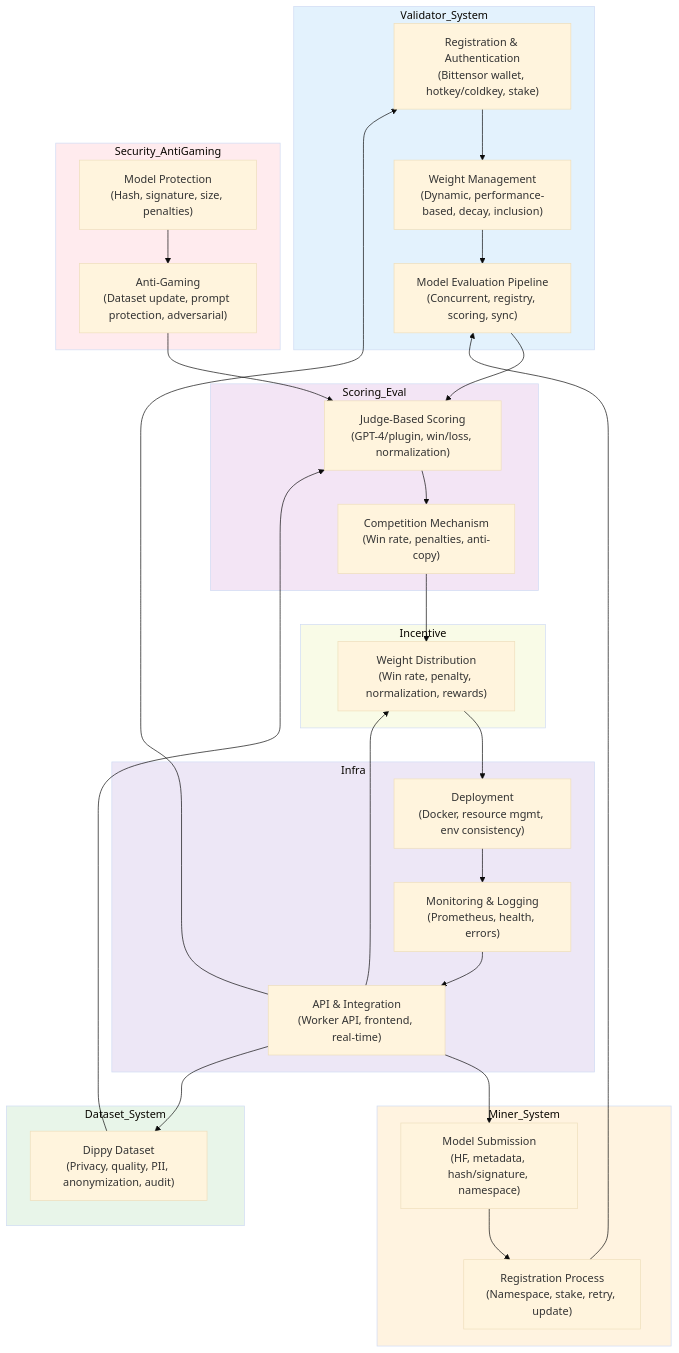
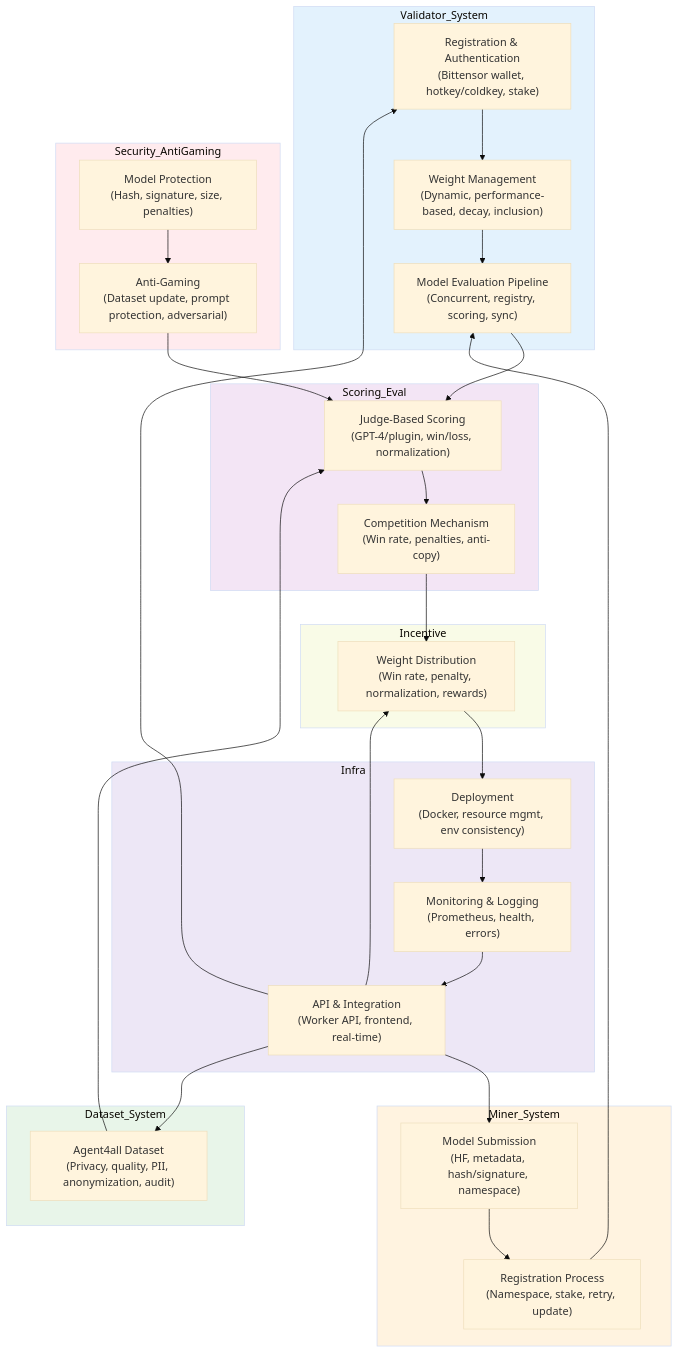
Before and after one commit to Agents-Labs/agent4all-bittensor-subnet: diagram 11 of 11 in README.md, drawn with Mermaid (base theme). The commit also changed other lines of this file, not shown here.

Commit message:
update logic

````diff
--- a/README.md
+++ b/README.md
@@ -442,49 +442,49 @@
 ```mermaid
 flowchart TD
     subgraph Validator_System
         VReg["Registration & Authentication\n(Bittensor wallet, hotkey/coldkey, stake)"]
         VWeight["Weight Management\n(Dynamic, performance-based, decay, inclusion)"]
         VEval["Model Evaluation Pipeline\n(Concurrent, registry, scoring, sync)"]
     end
     subgraph Miner_System
         MSub["Model Submission\n(HF, metadata, hash/signature, namespace)"]
         MReg["Registration Process\n(Namespace, stake, retry, update)"]
     end
     subgraph Dataset_System
-        Dippy["Dippy Dataset\n(Privacy, quality, PII, anonymization, audit)"]
+        Agent4all["Agent4all Dataset\n(Privacy, quality, PII, anonymization, audit)"]
     end
     subgraph Scoring_Eval
         Judge["Judge-Based Scoring\n(GPT-4/plugin, win/loss, normalization)"]
         Comp["Competition Mechanism\n(Win rate, penalties, anti-copy)"]
     end
     subgraph Security_AntiGaming
         Prot["Model Protection\n(Hash, signature, size, penalties)"]
         AntiG["Anti-Gaming\n(Dataset update, prompt protection, adversarial)"]
     end
     subgraph Incentive
         WeightDist["Weight Distribution\n(Win rate, penalty, normalization, rewards)"]
     end
     subgraph Infra
         Deploy["Deployment\n(Docker, resource mgmt, env consistency)"]
         Monitor["Monitoring & Logging\n(Prometheus, health, errors)"]
         API["API & Integration\n(Worker API, frontend, real-time)"]
     end
     VReg --> VWeight --> VEval --> Judge
     MSub --> MReg --> VEval
     Judge --> Comp --> WeightDist
-    Dippy --> Judge
+    Agent4all --> Judge
     Prot --> AntiG --> Judge
     WeightDist --> Deploy
     Deploy --> Monitor --> API
     API --> VReg
     API --> MSub
-    API --> Dippy
+    API --> Agent4all
     API --> WeightDist
     style Validator_System fill:#e3f2fd
     style Miner_System fill:#fff3e0
     style Dataset_System fill:#e8f5e9
     style Scoring_Eval fill:#f3e5f5
     style Security_AntiGaming fill:#ffebee
     style Incentive fill:#f9fbe7
     style Infra fill:#ede7f6
 ```
````
